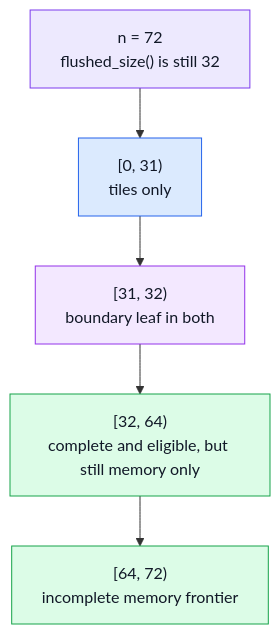
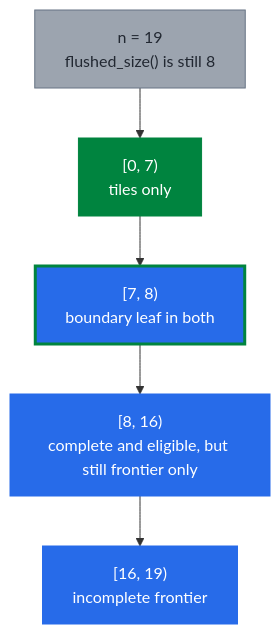
Before and after one commit to microsoft/merklecpp: the tenth of 20 diagrams in doc/tiles-illustrated.rst, drawn with Mermaid. The commit also changed other lines of this file, not shown here.

```diff
--- a/doc/tiles-illustrated.rst
+++ b/doc/tiles-illustrated.rst
@@ -357,18 +355,18 @@
 .. mermaid::
 
    flowchart TB
-     N["n = 72<br/>flushed_size() is still 32"]:::computed
-     T["[0, 31)<br/>tiles only"]:::tile
-     B["[31, 32)<br/>boundary leaf in both"]:::both
-     E["[32, 64)<br/>complete and eligible, but still memory only"]:::memory
-     F["[64, 72)<br/>incomplete memory frontier"]:::memory
+     N["n = 19<br/>flushed_size() is still 8"]:::computed
+     T["[0, 7)<br/>tiles only"]:::tile
+     B["[7, 8)<br/>boundary leaf in both"]:::both
+     E["[8, 16)<br/>complete and eligible, but still frontier only"]:::memory
+     F["[16, 19)<br/>incomplete frontier"]:::memory
 
      N --> T
      T --> B
      B --> E
      E --> F
 
-     classDef tile fill:#dbeafe,stroke:#2563eb,color:#111827
-     classDef memory fill:#dcfce7,stroke:#16a34a,color:#111827
-     classDef both fill:#f3e8ff,stroke:#9333ea,color:#111827
-     classDef computed fill:#ede9fe,stroke:#7c3aed,color:#111827
+     classDef tile fill:#00843f,stroke:#00843f,color:#ffffff
+     classDef memory fill:#276be9,stroke:#276be9,color:#ffffff
+     classDef both fill:#276be9,stroke:#00843f,stroke-width:3px,color:#ffffff
+     classDef computed fill:#9ca4af,stroke:#677384,color:#222832
```
